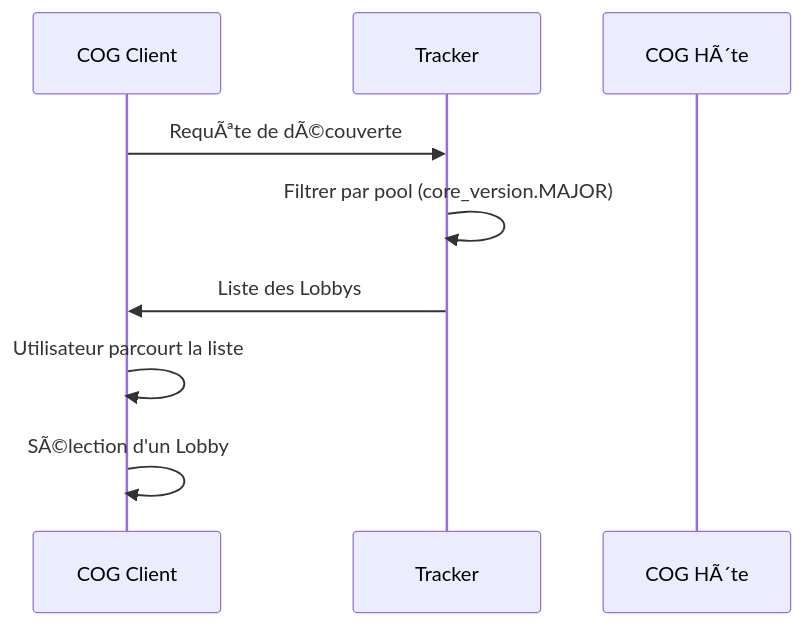
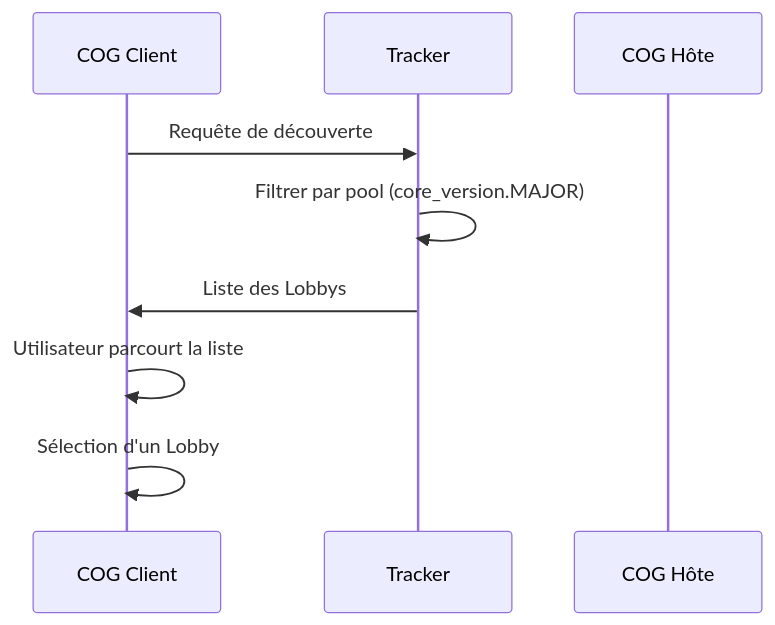
One commit to StudioMiyukini/miyukini_cog changed the third of 5 diagrams in docs/miyukini-webway-system/lobbys/MWS - Lobbys Favoris et Amis.md. Above: the diagram before and after it, drawn with Mermaid. The commit also changed other lines of this file and 564 other files, not shown here.

````diff
--- a/docs/miyukini-webway-system/lobbys/MWS - Lobbys Favoris et Amis.md
+++ b/docs/miyukini-webway-system/lobbys/MWS - Lobbys Favoris et Amis.md
@@ -167,12 +167,12 @@
 ```mermaid
 sequenceDiagram
     participant Client as COG Client
     participant T as Tracker
-    participant Host as COG HÃ´te
+    participant Host as COG Hôte
 
-    Client->>T: RequÃªte de dÃ©couverte
+    Client->>T: Requête de découverte
     T->>T: Filtrer par pool (core_version.MAJOR)
     T->>Client: Liste des Lobbys
     Client->>Client: Utilisateur parcourt la liste
-    Client->>Client: SÃ©lection d'un Lobby
+    Client->>Client: Sélection d'un Lobby
 ```
````
